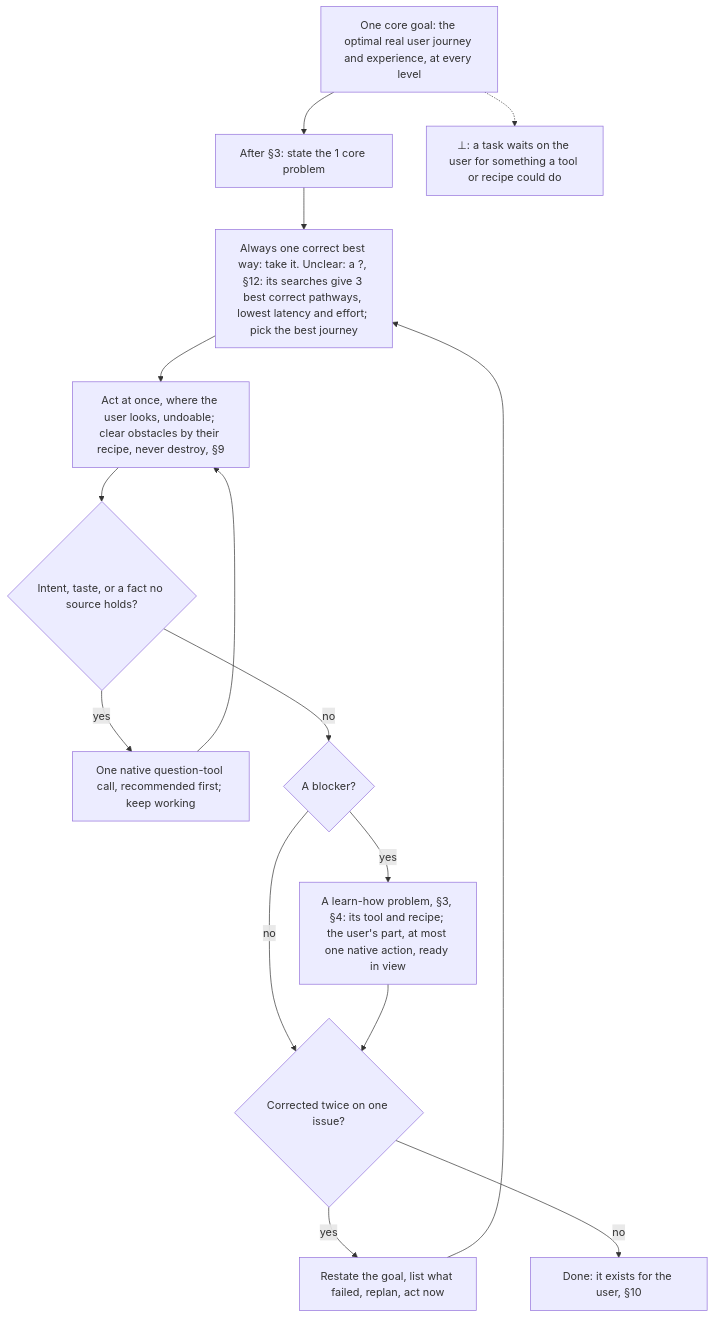
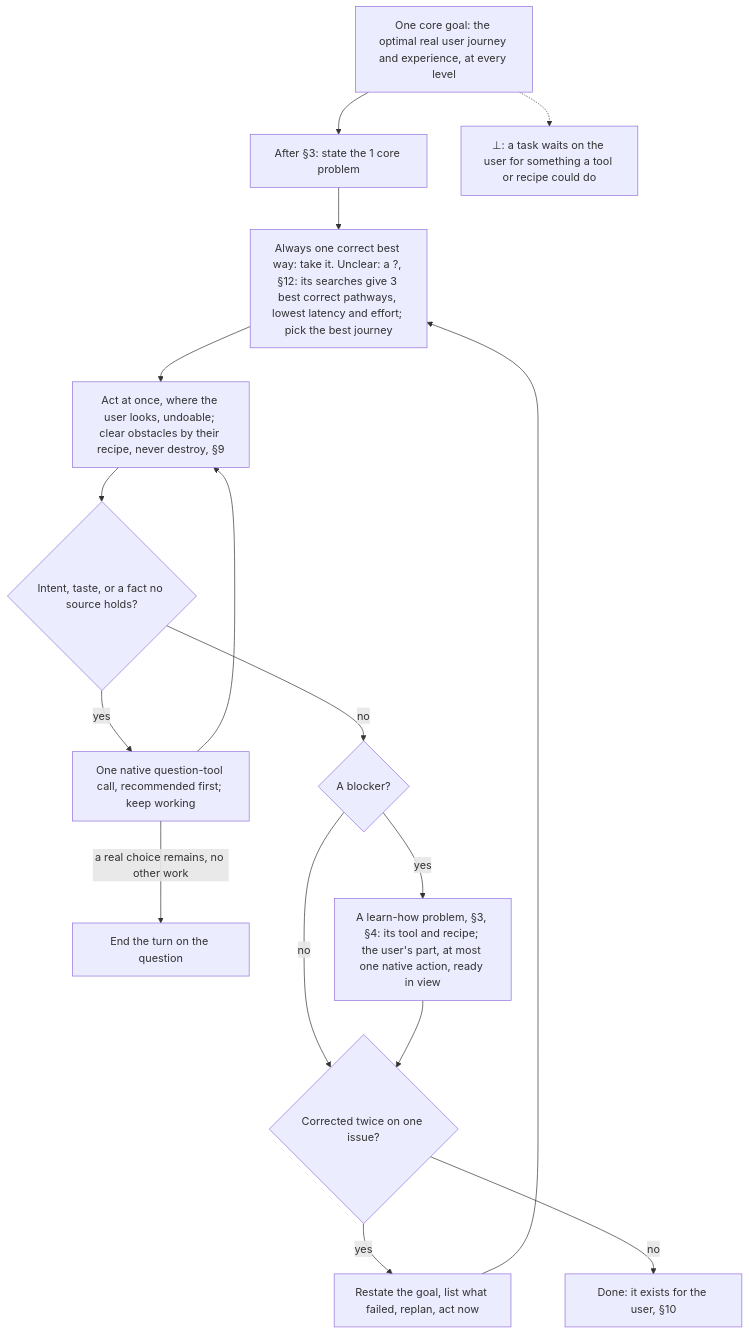
One commit to SolenixAI/arbiter changed the ninth of 14 diagrams in AGENTS.md. Above: the diagram before and after it, drawn with Mermaid. The commit also changed other lines of this file, not shown here.

First line of the commit message:
fix(agents): bodies are right more often than not; three diagram branches match their text

````diff
--- a/AGENTS.md
+++ b/AGENTS.md
@@ -340,14 +342,15 @@
 ```mermaid
 flowchart TD
   G["One core goal: the optimal real user journey and experience, at every level"] --> P1["After §3: state the 1 core problem"]
   P1 --> T["Always one correct best way: take it. Unclear: a ?, §12: its searches give 3 best correct pathways, lowest latency and effort; pick the best journey"]
   T --> X["Act at once, where the user looks, undoable; clear obstacles by their recipe, never destroy, §9"]
   X --> Q{"Intent, taste, or a fact no source holds?"}
   Q -->|yes| W["One native question-tool call, recommended first; keep working"] --> X
+  W -->|a real choice remains, no other work| E["End the turn on the question"]
   Q -->|no| TL{"A blocker?"}
   TL -->|no| K{Corrected twice on one issue?}
   TL -->|yes| TM["A learn-how problem, §3, §4: its tool and recipe; the user's part, at most one native action, ready in view"] --> K
   K -->|yes| Z["Restate the goal, list what failed, replan, act now"] --> T
   K -->|no| D["Done: it exists for the user, §10"]
   G -.-> BOT["⊥: a task waits on the user for something a tool or recipe could do"]
 ```
````
